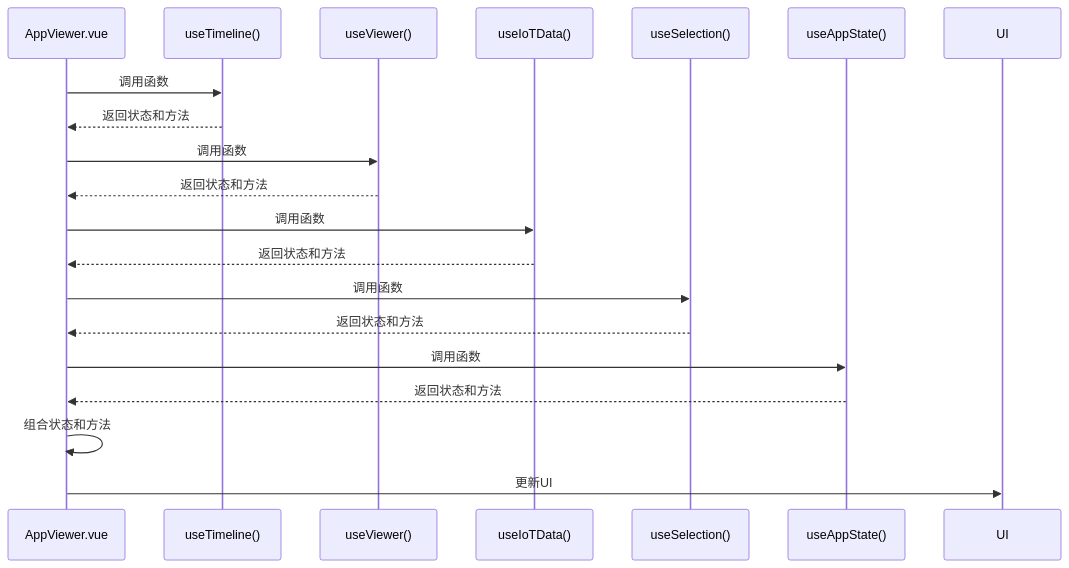
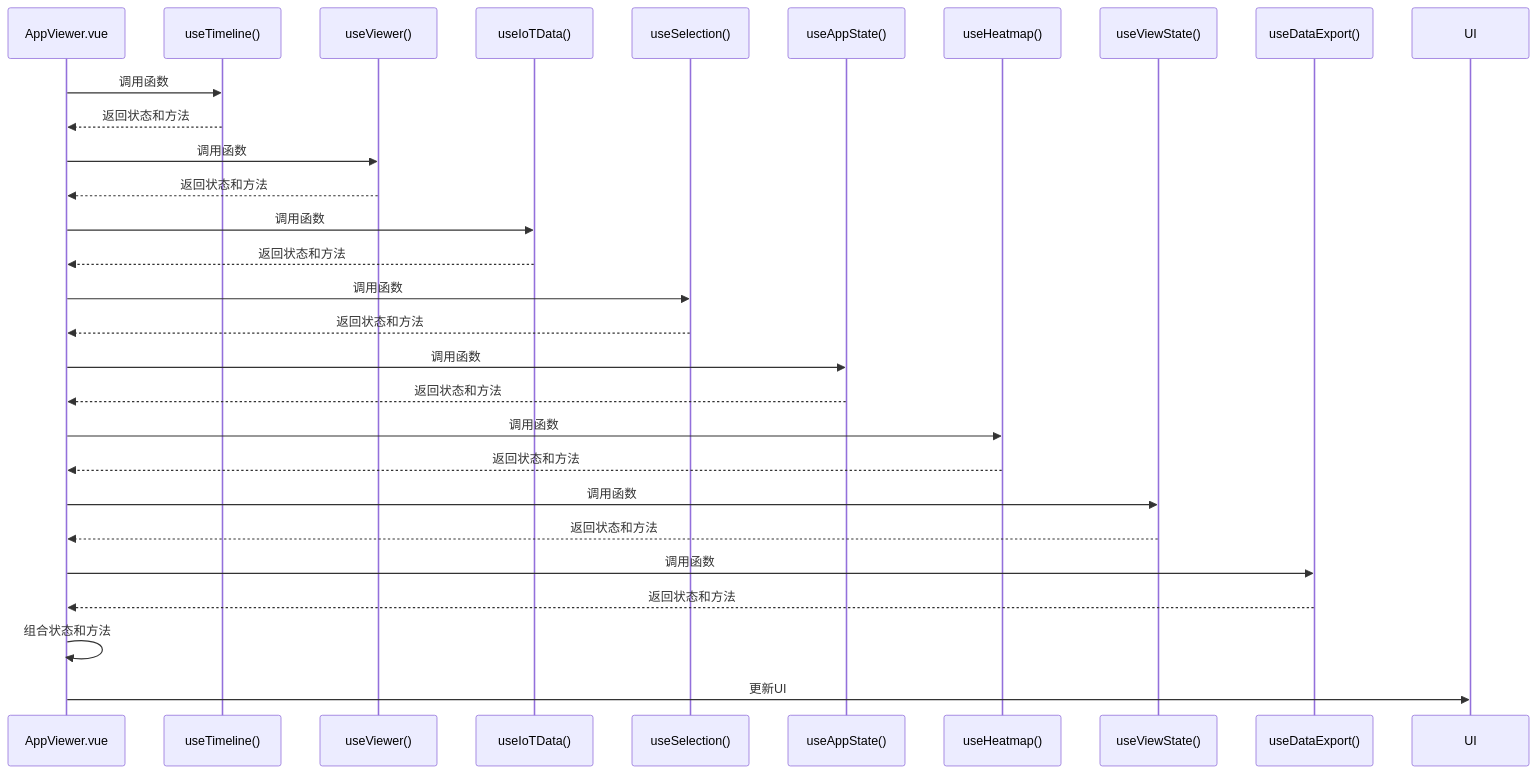
Before and after one commit to ideeinfo/TwinSight: the ninth of 9 diagrams in repowiki/zh/content/前端架构/组合式函数.md, drawn with Mermaid. The commit also changed other lines of this file and 2 other files, not shown here.

````diff
--- a/repowiki/zh/content/前端架构/组合式函数.md
+++ b/repowiki/zh/content/前端架构/组合式函数.md
@@ -266,21 +402,30 @@
 ```mermaid
 sequenceDiagram
 participant AppViewer as AppViewer.vue
 participant useTimeline as useTimeline()
 participant useViewer as useViewer()
 participant useIoTData as useIoTData()
 participant useSelection as useSelection()
 participant useAppState as useAppState()
+participant useHeatmap as useHeatmap()
+participant useViewState as useViewState()
+participant useDataExport as useDataExport()
 AppViewer->>useTimeline : 调用函数
 useTimeline-->>AppViewer : 返回状态和方法
 AppViewer->>useViewer : 调用函数
 useViewer-->>AppViewer : 返回状态和方法
 AppViewer->>useIoTData : 调用函数
 useIoTData-->>AppViewer : 返回状态和方法
 AppViewer->>useSelection : 调用函数
 useSelection-->>AppViewer : 返回状态和方法
 AppViewer->>useAppState : 调用函数
 useAppState-->>AppViewer : 返回状态和方法
+AppViewer->>useHeatmap : 调用函数
+useHeatmap-->>AppViewer : 返回状态和方法
+AppViewer->>useViewState : 调用函数
+useViewState-->>AppViewer : 返回状态和方法
+AppViewer->>useDataExport : 调用函数
+useDataExport-->>AppViewer : 返回状态和方法
 AppViewer->>AppViewer : 组合状态和方法
 AppViewer->>UI : 更新UI
 ```
````
